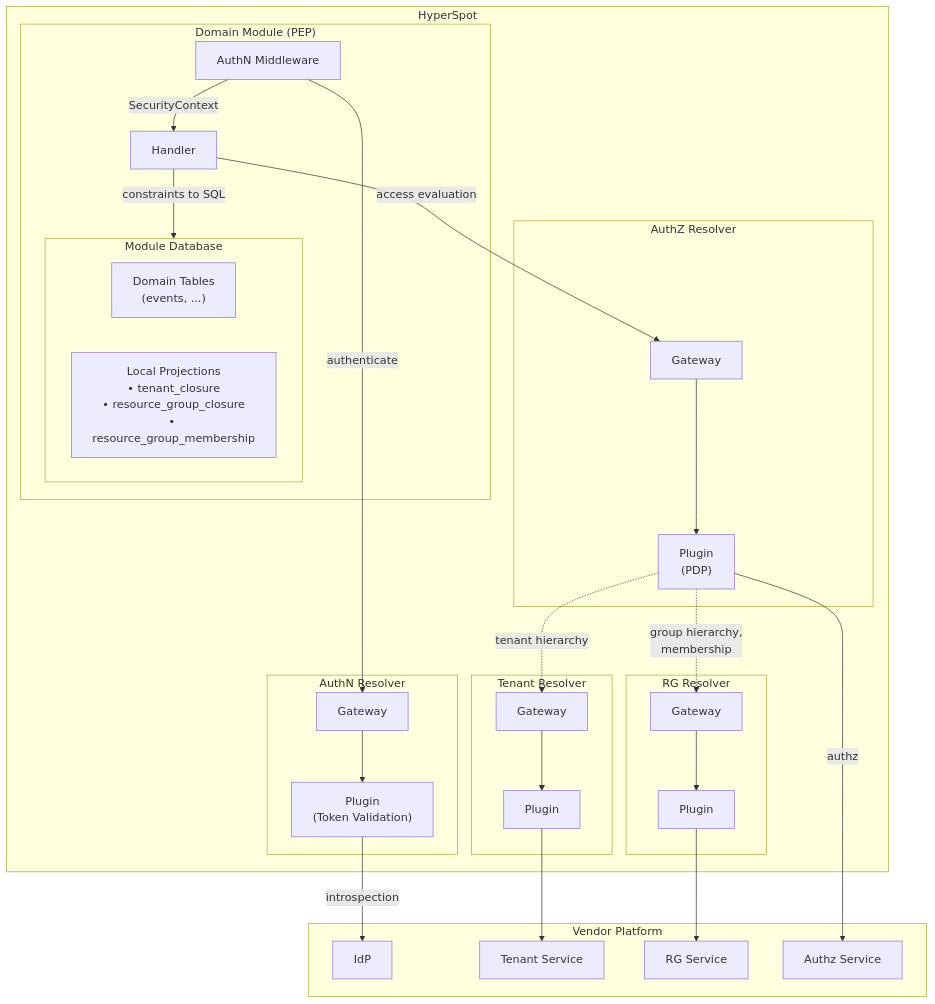
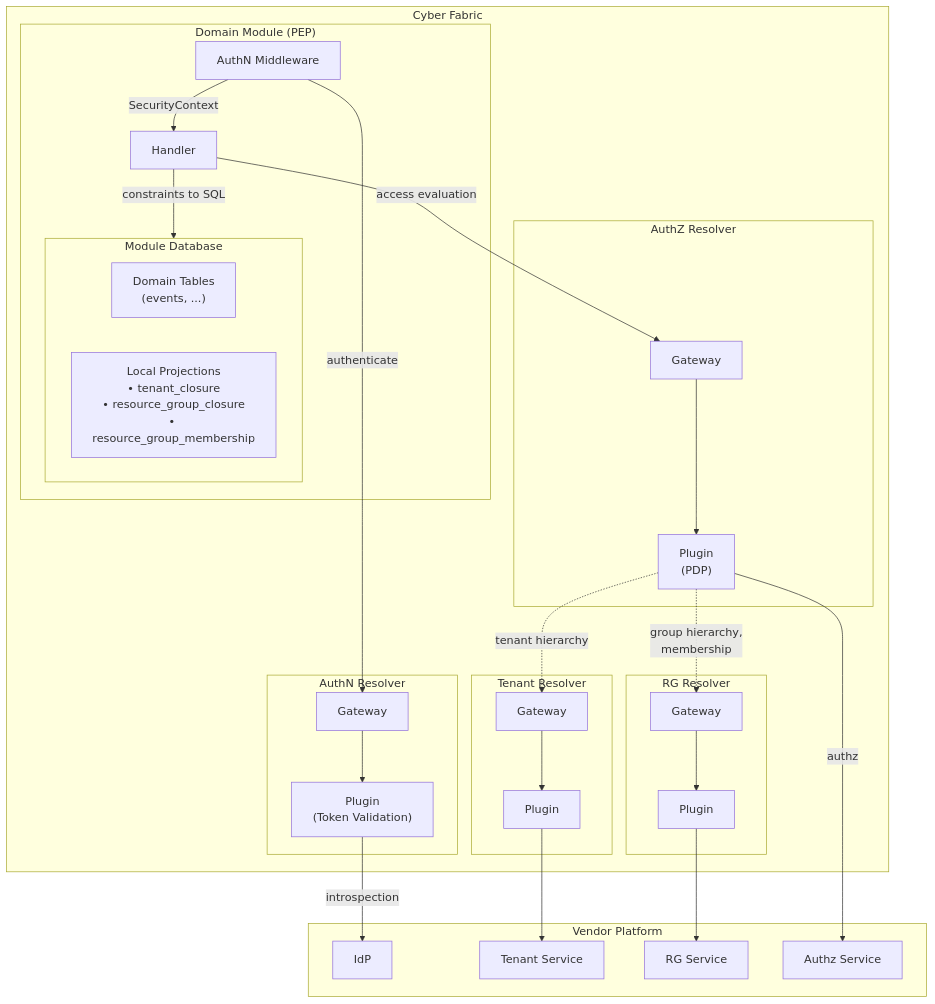
One commit to hypernetix/hyperspot changed the second of 4 diagrams in docs/arch/authorization/DESIGN.md. Above: the diagram before and after it, drawn with Mermaid. The commit also changed other lines of this file and 6 other files, not shown here.

First line of the commit message:
docs: rename HyperSpot to Cyber Fabric in authorization docs and add MFA open question

````diff
--- a/docs/arch/authorization/DESIGN.md
+++ b/docs/arch/authorization/DESIGN.md
@@ -149,64 +149,64 @@
 ```mermaid
 flowchart TB
     subgraph Vendor["Vendor Platform"]
         IdP["IdP"]
         TenantSvc["Tenant Service"]
         RGSvc["RG Service"]
         AuthzSvc["Authz Service"]
     end
 
-    subgraph HyperSpot
+    subgraph Cyber Fabric
         subgraph TenantResolver["Tenant Resolver"]
             TenantGW["Gateway"]
             TenantPlugin["Plugin"]
         end
 
         subgraph RGResolver["RG Resolver"]
             RGGW["Gateway"]
             RGPlugin["Plugin"]
         end
 
         subgraph AuthNResolver["AuthN Resolver"]
             AuthNGW["Gateway"]
             AuthNPlugin["Plugin<br/>(Token Validation)"]
         end
 
         subgraph AuthZResolver["AuthZ Resolver"]
             AuthZGW["Gateway"]
             AuthZPlugin["Plugin<br/>(PDP)"]
         end
 
         subgraph PEP["Domain Module (PEP)"]
             AuthNMiddleware["AuthN Middleware"]
             Handler["Handler"]
             subgraph ModuleDB["Module Database"]
                 DomainTables["Domain Tables<br/>(events, ...)"]
                 LocalProj["Local Projections<br/>• tenant_closure<br/>• resource_group_closure<br/>• resource_group_membership"]
             end
         end
     end
 
     %% Tenant Resolver flow
     TenantGW --> TenantPlugin
     TenantPlugin --> TenantSvc
 
     %% RG Resolver flow
     RGGW --> RGPlugin
     RGPlugin --> RGSvc
 
     %% AuthN Resolver flow
     AuthNMiddleware -->|authenticate| AuthNGW
     AuthNGW --> AuthNPlugin
     AuthNPlugin -->|introspection| IdP
 
     %% AuthZ Resolver flow
     AuthZGW --> AuthZPlugin
     AuthZPlugin -->|authz| AuthzSvc
     AuthZPlugin -.->|tenant hierarchy| TenantGW
     AuthZPlugin -.->|group hierarchy,<br/>membership| RGGW
 
     %% PEP flow
     AuthNMiddleware -->|SecurityContext| Handler
     Handler -->|access evaluation| AuthZGW
     Handler -->|constraints to SQL| ModuleDB
 ```
````
